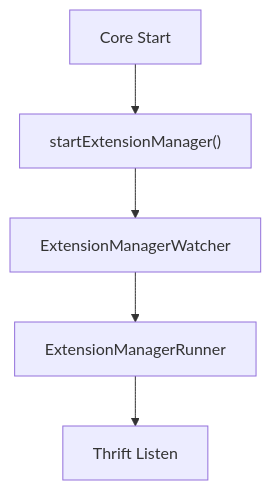
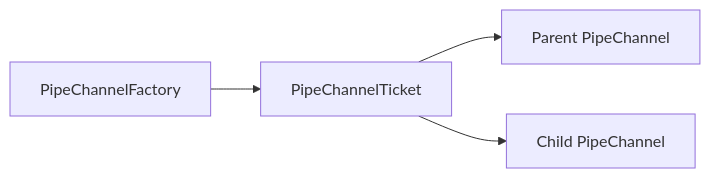
Before and after one commit to flamingo-stack/osquery: the sixth of 6 diagrams in docs/reference/architecture/extensions-and-ipc/extensions-and-ipc.md, drawn with Mermaid. The commit also changed other lines of this file and 388 other files, not shown here.

````diff
--- a/docs/reference/architecture/extensions-and-ipc/extensions-and-ipc.md
+++ b/docs/reference/architecture/extensions-and-ipc/extensions-and-ipc.md
@@ -294,7 +275,6 @@
 ```mermaid
-flowchart TD
-    Start["Core Start"] --> StartManager["startExtensionManager()"]
-    StartManager --> Watcher["ExtensionManagerWatcher"]
-    Watcher --> Runner["ExtensionManagerRunner"]
-    Runner --> Listen["Thrift Listen"]
+flowchart LR
+    Factory["PipeChannelFactory"] --> Ticket["PipeChannelTicket"]
+    Ticket --> Parent["Parent PipeChannel"]
+    Ticket --> Child["Child PipeChannel"]
 ```
````
